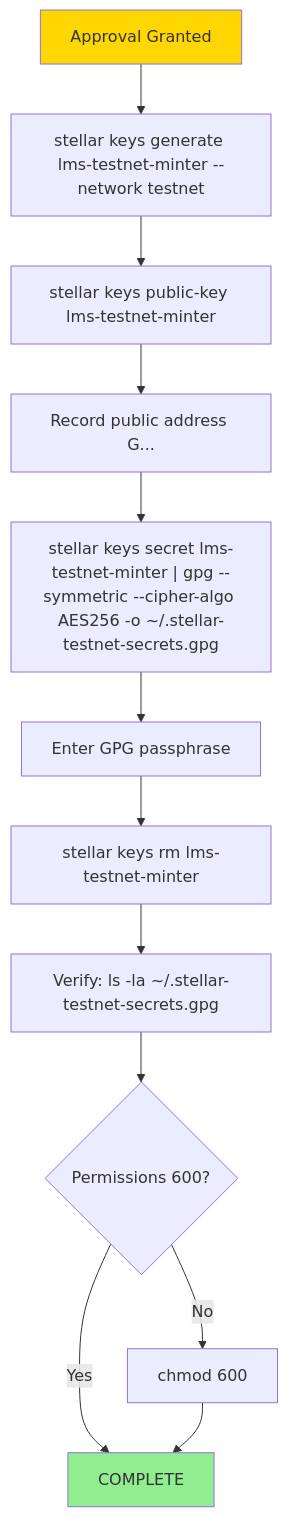
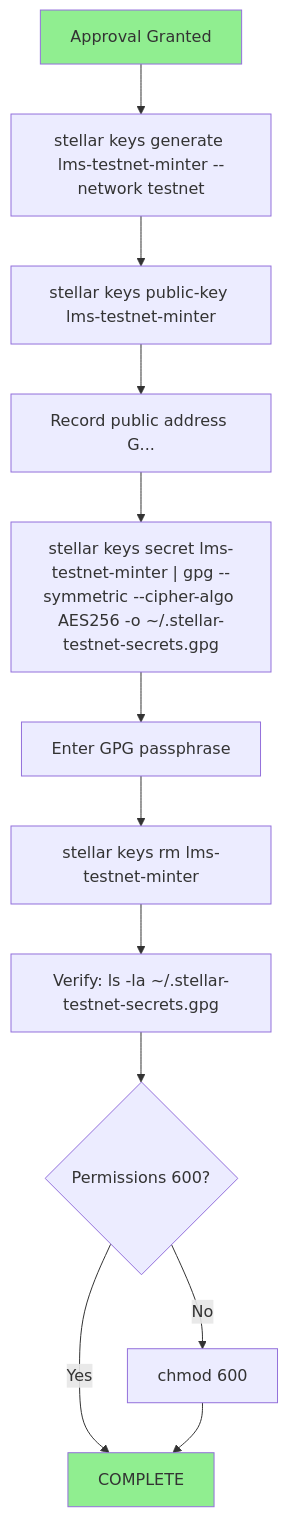
The diagram in docs/superpowers/diagrams/2026-08-19-testnet-keypair-generation-flow.md (SM-Web-Systems/lms-crypto-production), drawn with Mermaid before and after one commit. The commit also changed other lines of this file and 11 other files, not shown here.

First line of the commit message:
docs: phase 9 — testnet keypair generated, GPG-encrypted, public address recorded

````diff
--- a/docs/superpowers/diagrams/2026-08-19-testnet-keypair-generation-flow.md
+++ b/docs/superpowers/diagrams/2026-08-19-testnet-keypair-generation-flow.md
@@ -6,17 +10,17 @@
 ```mermaid
 flowchart TD
     A[Approval Granted] --> B["stellar keys generate lms-testnet-minter --network testnet"]
     B --> C["stellar keys public-key lms-testnet-minter"]
-    C --> D[Record public address G...]
+    C --> D["Record public address G..."]
     D --> E["stellar keys secret lms-testnet-minter | gpg --symmetric --cipher-algo AES256 -o ~/.stellar-testnet-secrets.gpg"]
     E --> F[Enter GPG passphrase]
     F --> G["stellar keys rm lms-testnet-minter"]
-    G --> H[Verify: ls -la ~/.stellar-testnet-secrets.gpg]
+    G --> H["Verify: ls -la ~/.stellar-testnet-secrets.gpg"]
     H --> I{Permissions 600?}
     I -->|Yes| J[COMPLETE]
     I -->|No| K[chmod 600]
     K --> J
 
-    style A fill:#FFD700
+    style A fill:#90EE90
     style J fill:#90EE90
 ```
````
